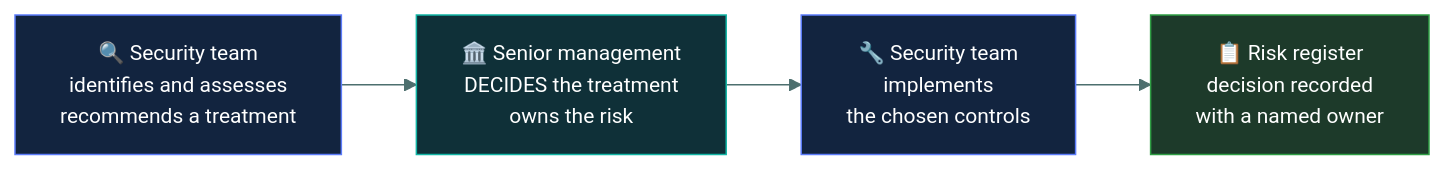
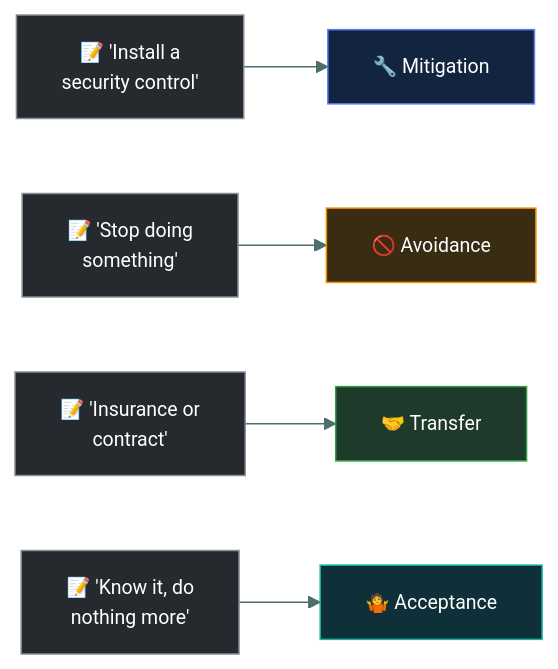
One commit to tarunTejaDesireddy/cc-exam-prep changed the third of 3 diagrams in 01-security-principles/risk-treatment/README.md. Above: the diagram before and after it, drawn with Mermaid. The commit also changed other lines of this file and 1 other file, not shown here.

First line of the commit message:
Rewrite risk-treatment with the four-treatments caveman walkthrough

````diff
--- a/01-security-principles/risk-treatment/README.md
+++ b/01-security-principles/risk-treatment/README.md
@@ -214,12 +292,17 @@
 ```mermaid
-%%{init: {'theme':'base','themeVariables':{'fontSize':'14px','lineColor':'#4d6f6e','textColor':'#dbe7e6'}}}%%
+%%{init: {'theme':'base','themeVariables':{'fontFamily':'Segoe UI, Helvetica Neue, Arial, sans-serif','fontSize':'13px','lineColor':'#4d6f6e','textColor':'#dbe7e6'}}}%%
 flowchart LR
-    A["🔍 Security team<br/>identifies and assesses<br/>recommends a treatment"] --> B["🏛️ Senior management<br/>DECIDES the treatment<br/>owns the risk"]
-    B --> C["🔧 Security team<br/>implements<br/>the chosen controls"]
-    C --> D["📋 Risk register<br/>decision recorded<br/>with a named owner"]
+    K1["📝 'Install a<br/>security control'"] --> M["🔧 Mitigation"]
+    K2["📝 'Stop doing<br/>something'"] --> AV["🚫 Avoidance"]
+    K3["📝 'Insurance or<br/>contract'"] --> TR["🤝 Transfer"]
+    K4["📝 'Know it, do<br/>nothing more'"] --> AC["🤷 Acceptance"]
 
-    style A fill:#12243f,stroke:#5C7CFA,color:#fff
-    style B fill:#0f3038,stroke:#12B5A5,color:#fff
-    style C fill:#12243f,stroke:#5C7CFA,color:#fff
-    style D fill:#1d3a2a,stroke:#2F9E44,color:#fff
+    style K1 fill:#26292e,stroke:#868E96,color:#fff
+    style K2 fill:#26292e,stroke:#868E96,color:#fff
+    style K3 fill:#26292e,stroke:#868E96,color:#fff
+    style K4 fill:#26292e,stroke:#868E96,color:#fff
+    style M fill:#12243f,stroke:#5C7CFA,color:#fff
+    style AV fill:#3a2c12,stroke:#F08C00,color:#fff
+    style TR fill:#1d3a2a,stroke:#2F9E44,color:#fff
+    style AC fill:#0f3038,stroke:#12B5A5,color:#fff
 ```
````
